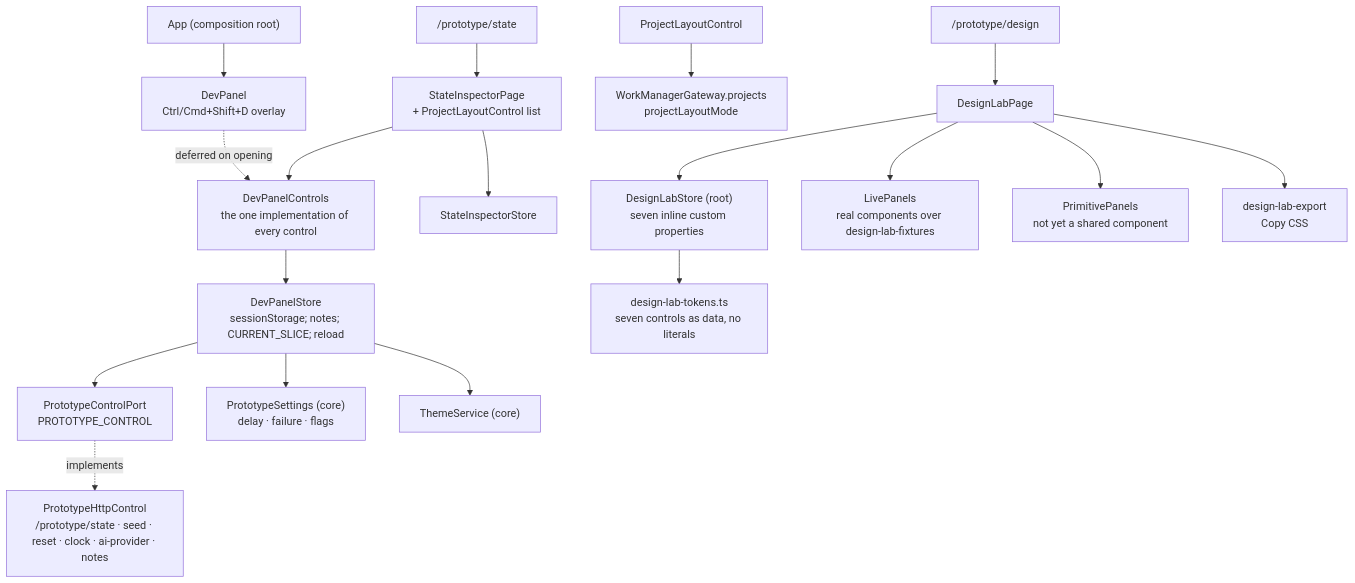
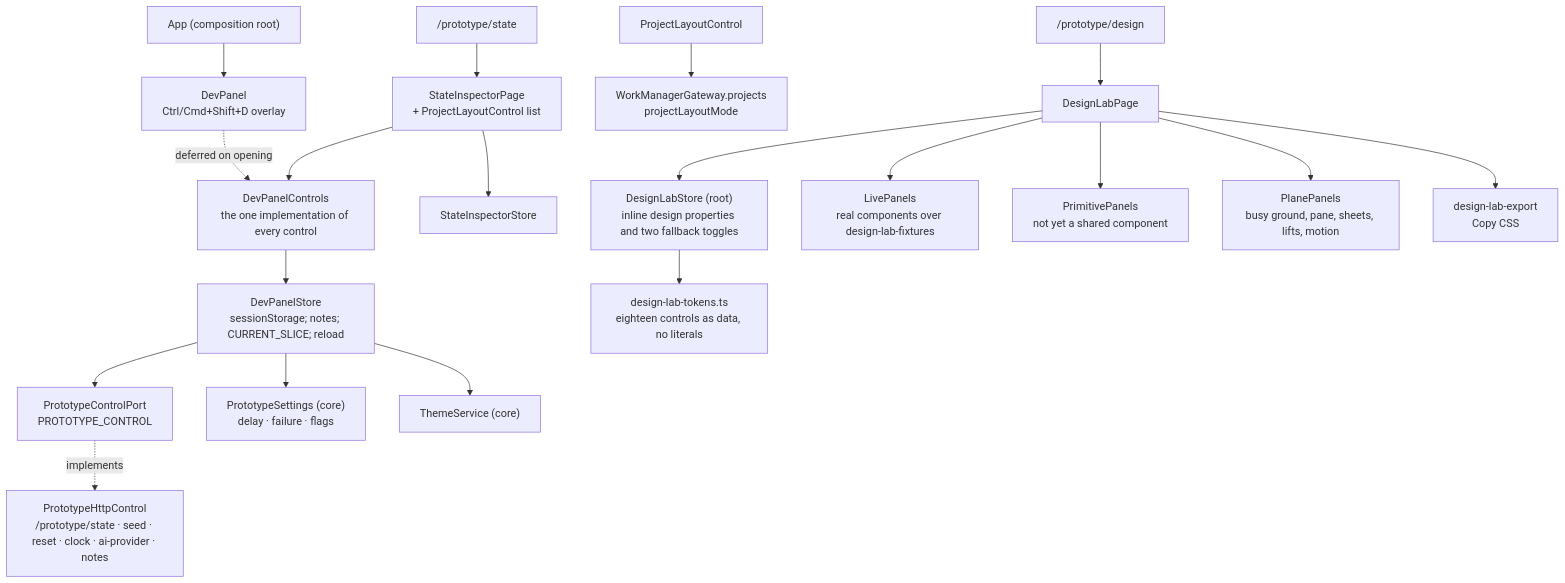
The diagram in docs/architecture/web/prototype-tooling/what.md (CalciteDragon/Canvas-work-manager-prototype), drawn with Mermaid before and after one commit. The commit also changed other lines of this file and 88 other files, not shown here.

Commit message:
Slice 71: paint Depth V2 planes and add Lab controls (§21, §67)

````diff
--- a/docs/architecture/web/prototype-tooling/what.md
+++ b/docs/architecture/web/prototype-tooling/what.md
@@ -5,20 +5,21 @@
 ```mermaid
 flowchart TB
   app["App (composition root)"] --> panel["DevPanel<br/>Ctrl/Cmd+Shift+D overlay"]
   route["/prototype/state"] --> inspector["StateInspectorPage<br/>+ ProjectLayoutControl list"]
   panel -. "deferred on opening" .-> controls["DevPanelControls<br/>the one implementation of every control"]
   inspector --> controls
   controls --> dstore["DevPanelStore<br/>sessionStorage; notes; CURRENT_SLICE; reload"]
   inspector --> istore["StateInspectorStore"]
   dstore --> port["PrototypeControlPort<br/>PROTOTYPE_CONTROL"]
   port -. implements .-> http["PrototypeHttpControl<br/>/prototype/state · seed · reset · clock · ai-provider · notes"]
   dstore --> settings["PrototypeSettings (core)<br/>delay · failure · flags"]
   dstore --> theme["ThemeService (core)"]
   layout["ProjectLayoutControl"] --> gw["WorkManagerGateway.projects<br/>projectLayoutMode"]
   route2["/prototype/design"] --> lab["DesignLabPage"]
-  lab --> lstore["DesignLabStore (root)<br/>seven inline custom properties"]
+  lab --> lstore["DesignLabStore (root)<br/>inline design properties and two fallback toggles"]
   lab --> live["LivePanels<br/>real components over design-lab-fixtures"]
   lab --> prim["PrimitivePanels<br/>not yet a shared component"]
+  lab --> planes["PlanePanels<br/>busy ground, pane, sheets, lifts, motion"]
   lab --> export["design-lab-export<br/>Copy CSS"]
-  lstore --> tokens["design-lab-tokens.ts<br/>seven controls as data, no literals"]
+  lstore --> tokens["design-lab-tokens.ts<br/>eighteen controls as data, no literals"]
 ```
````
